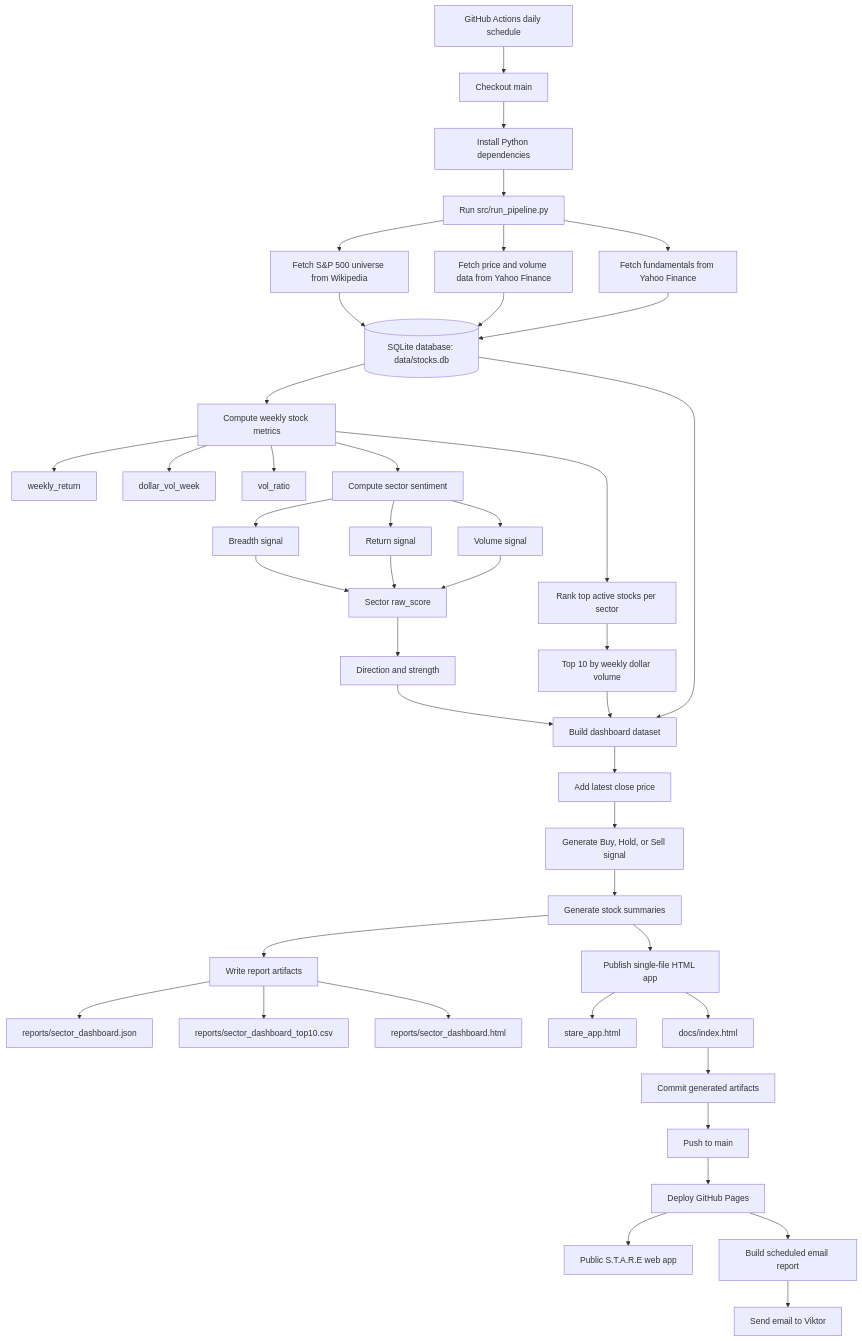
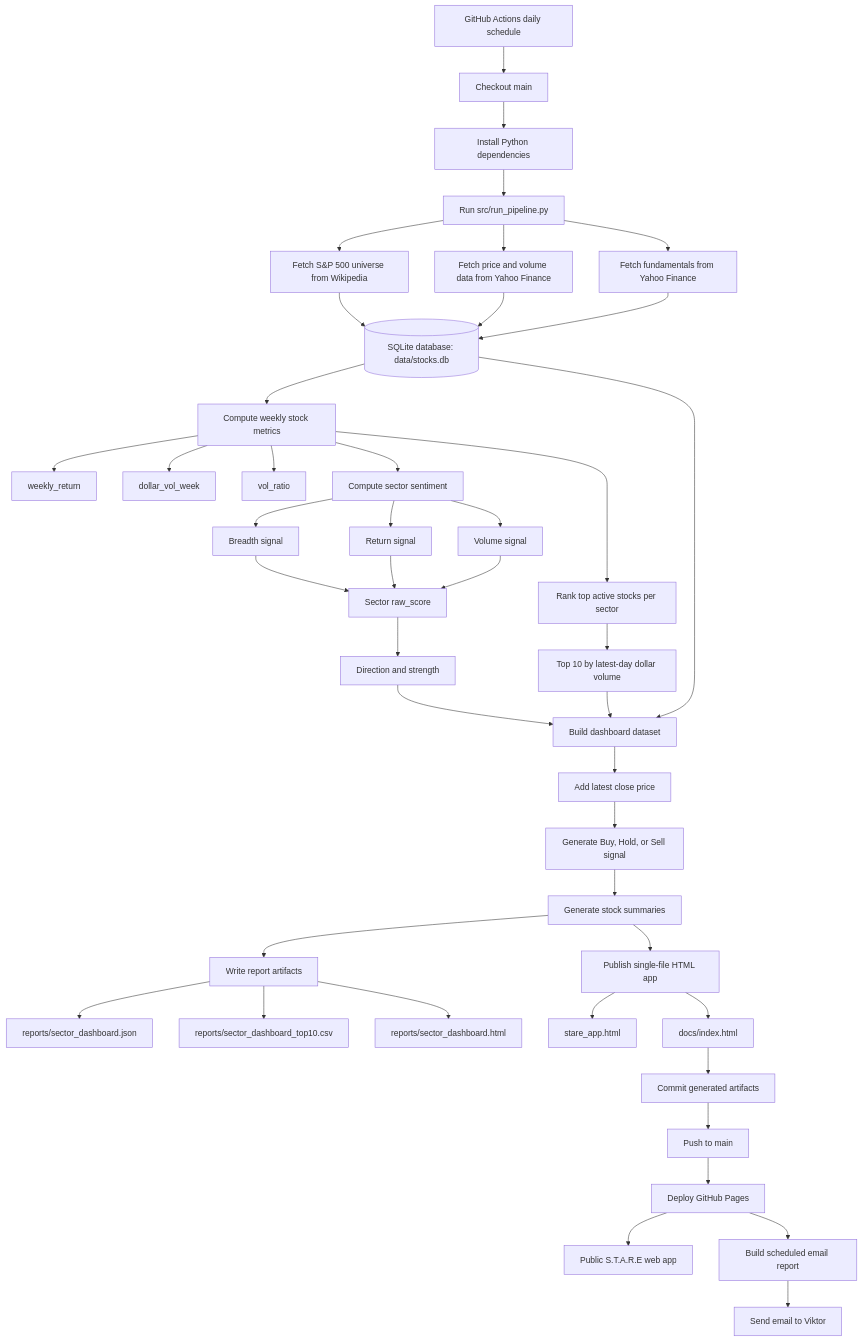
The diagram in README.md (vittok/stare), drawn with Mermaid before and after one commit. The commit also changed other lines of this file and 13 other files, not shown here.

Commit message:
Rank sector picks by latest day volume

````diff
--- a/README.md
+++ b/README.md
@@ -90,54 +90,54 @@
 ```mermaid
 flowchart TD
     A["GitHub Actions daily schedule"] --> B["Checkout main"]
     B --> C["Install Python dependencies"]
     C --> D["Run src/run_pipeline.py"]
 
     D --> E["Fetch S&P 500 universe from Wikipedia"]
     D --> F["Fetch price and volume data from Yahoo Finance"]
     D --> G["Fetch fundamentals from Yahoo Finance"]
 
     E --> H[("SQLite database: data/stocks.db")]
     F --> H
     G --> H
 
     H --> I["Compute weekly stock metrics"]
     I --> I1["weekly_return"]
     I --> I2["dollar_vol_week"]
     I --> I3["vol_ratio"]
 
     I --> J["Compute sector sentiment"]
     J --> J1["Breadth signal"]
     J --> J2["Return signal"]
     J --> J3["Volume signal"]
     J1 --> K["Sector raw_score"]
     J2 --> K
     J3 --> K
     K --> L["Direction and strength"]
 
     I --> M["Rank top active stocks per sector"]
-    M --> N["Top 10 by weekly dollar volume"]
+    M --> N["Top 10 by latest-day dollar volume"]
 
     H --> O["Build dashboard dataset"]
     L --> O
     N --> O
     O --> P["Add latest close price"]
     P --> Q["Generate Buy, Hold, or Sell signal"]
     Q --> R["Generate stock summaries"]
 
     R --> S["Write report artifacts"]
     S --> S1["reports/sector_dashboard.json"]
     S --> S2["reports/sector_dashboard_top10.csv"]
     S --> S3["reports/sector_dashboard.html"]
 
     R --> T["Publish single-file HTML app"]
     T --> T1["stare_app.html"]
     T --> T2["docs/index.html"]
 
     T2 --> U["Commit generated artifacts"]
     U --> V["Push to main"]
     V --> W["Deploy GitHub Pages"]
     W --> X["Public S.T.A.R.E web app"]
     W --> Y["Build scheduled email report"]
     Y --> Z["Send email to Viktor"]
 ```
````
